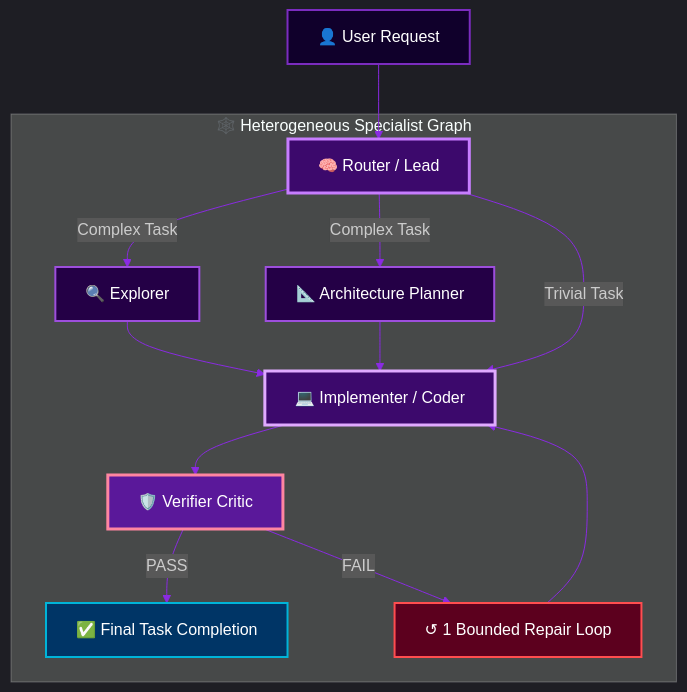
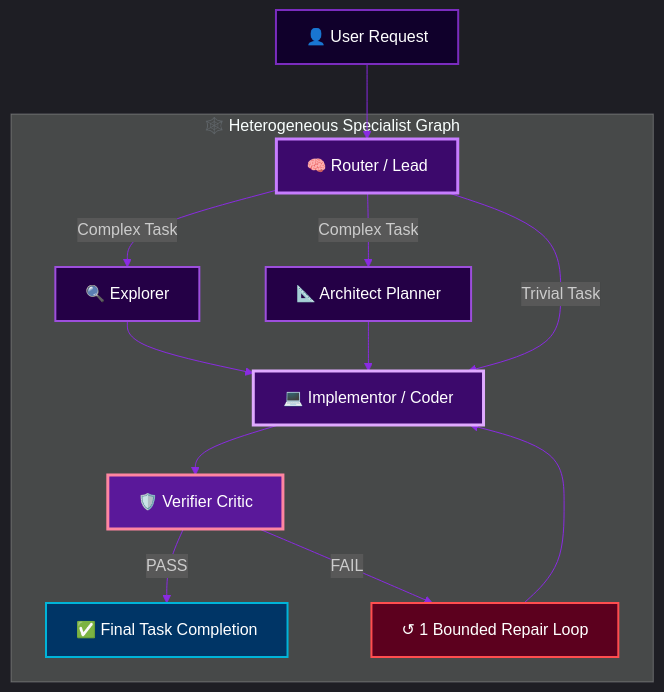
One commit to Shawn5cents/grok-build-legion-edition changed the diagram in README.md. Above: the diagram before and after it, drawn with Mermaid. The commit also changed other lines of this file and 22 other files, not shown here.

Commit message:
feat(legion): add OpenCode Zen, Big Pickle, NVIDIA NIM, Venice AI, Free Models, architect & implementor roles, and Shift+Tab Legion DAG mode

````diff
--- a/README.md
+++ b/README.md
@@ -57,30 +57,30 @@
 ```mermaid
 %%{init: {'theme': 'dark', 'themeVariables': { 'lineColor': '#8A2BE2', 'primaryColor': '#1E1E2E', 'primaryTextColor': '#FFFFFF', 'primaryBorderColor': '#74C7EC', 'nodeBorder': '#74C7EC'}}}%%
 graph TD
     User["👤 User Request"] --> Router["🧠 Router / Lead"]
 
     subgraph DAG ["🕸️ Heterogeneous Specialist Graph"]
         Router -->|Complex Task| Explorer["🔍 Explorer"]
-        Router -->|Complex Task| Plan["📐 Architecture Planner"]
+        Router -->|Complex Task| Architect["📐 Architect Planner"]
         
-        Explorer --> Implementer["💻 Implementer / Coder"]
-        Plan --> Implementer
+        Explorer --> Implementor["💻 Implementor / Coder"]
+        Architect --> Implementor
         
-        Implementer --> Verifier["🛡️ Verifier Critic"]
+        Implementor --> Verifier["🛡️ Verifier Critic"]
         
         Verifier -->|PASS| Final["✅ Final Task Completion"]
         Verifier -->|FAIL| Repair["↺ 1 Bounded Repair Loop"]
-        Repair --> Implementer
+        Repair --> Implementor
     end
 
-    Router -->|Trivial Task| Implementer
+    Router -->|Trivial Task| Implementor
 
     style User fill:#10002B,stroke:#7B2CBF,stroke-width:2px,color:#fff
     style Router fill:#3C096C,stroke:#C77DFF,stroke-width:3px,color:#fff
     style Explorer fill:#240046,stroke:#9D4EDD,stroke-width:2px,color:#fff
-    style Plan fill:#240046,stroke:#9D4EDD,stroke-width:2px,color:#fff
-    style Implementer fill:#3C096C,stroke:#E0AAFF,stroke-width:3px,color:#fff
+    style Architect fill:#240046,stroke:#9D4EDD,stroke-width:2px,color:#fff
+    style Implementor fill:#3C096C,stroke:#E0AAFF,stroke-width:3px,color:#fff
     style Verifier fill:#5A189A,stroke:#FF85A1,stroke-width:3px,color:#fff
     style Final fill:#003566,stroke:#00B4D8,stroke-width:2px,color:#fff
     style Repair fill:#5c001e,stroke:#ff4d4f,stroke-width:2px,color:#fff
 ```
````
